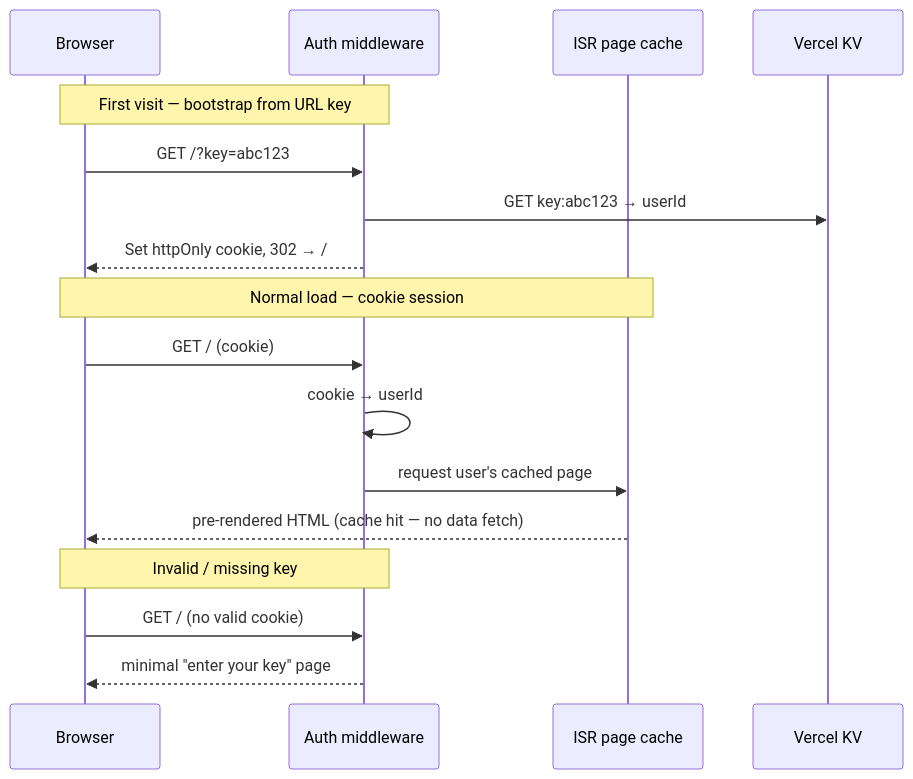
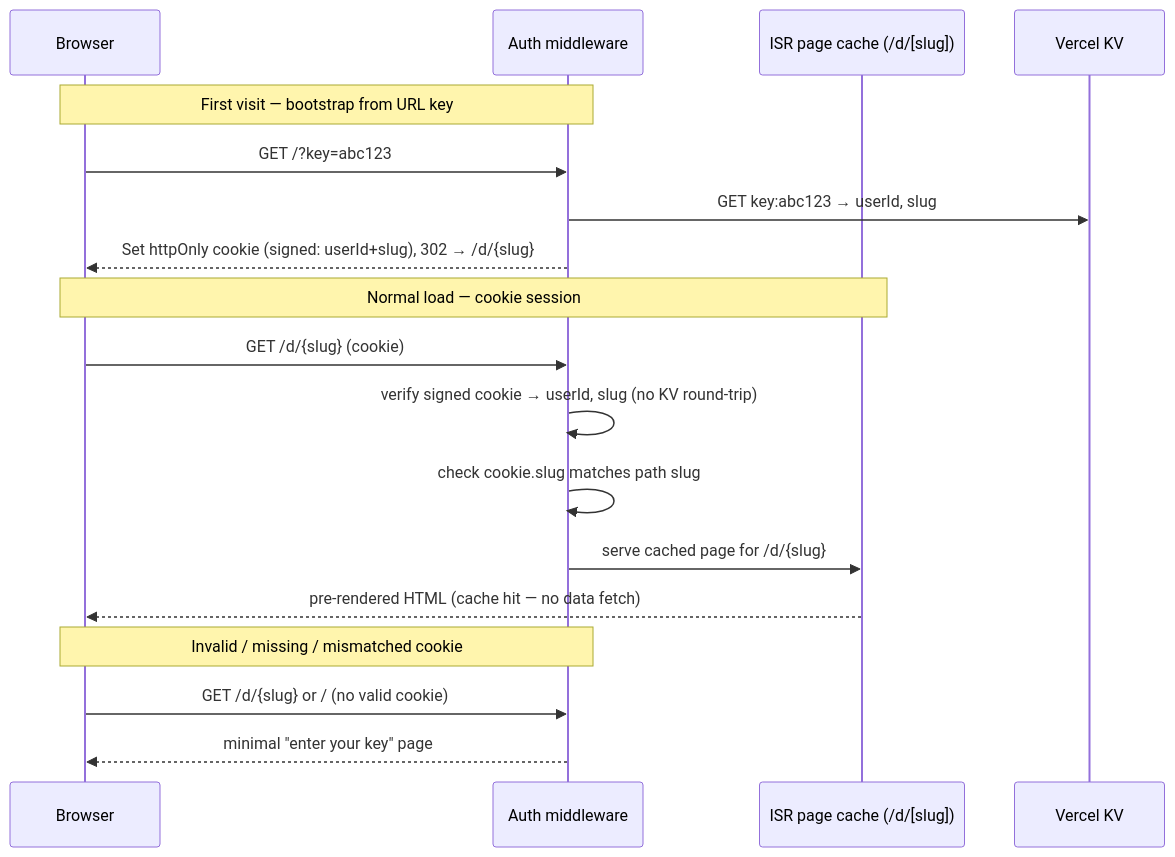
One commit to vedanta/frontdoor changed the fourth of 7 diagrams in docs/architecture.md. Above: the diagram before and after it, drawn with Mermaid. The commit also changed other lines of this file, not shown here.

First line of the commit message:
Architecture validation pass: resolve per-user ISR addressing, fix gaps

````diff
--- a/docs/architecture.md
+++ b/docs/architecture.md
@@ -182,22 +191,23 @@
 ```mermaid
 sequenceDiagram
     participant B as Browser
     participant MW as Auth middleware
-    participant ISR as ISR page cache
+    participant ISR as ISR page cache (/d/[slug])
     participant KV as Vercel KV
 
     Note over B,MW: First visit — bootstrap from URL key
     B->>MW: GET /?key=abc123
-    MW->>KV: GET key:abc123 → userId
-    MW-->>B: Set httpOnly cookie, 302 → /
+    MW->>KV: GET key:abc123 → userId, slug
+    MW-->>B: Set httpOnly cookie (signed: userId+slug), 302 → /d/{slug}
 
     Note over B,ISR: Normal load — cookie session
-    B->>MW: GET / (cookie)
-    MW->>MW: cookie → userId
-    MW->>ISR: request user's cached page
+    B->>MW: GET /d/{slug} (cookie)
+    MW->>MW: verify signed cookie → userId, slug (no KV round-trip)
+    MW->>MW: check cookie.slug matches path slug
+    MW->>ISR: serve cached page for /d/{slug}
     ISR-->>B: pre-rendered HTML (cache hit — no data fetch)
 
-    Note over B,MW: Invalid / missing key
-    B->>MW: GET / (no valid cookie)
+    Note over B,MW: Invalid / missing / mismatched cookie
+    B->>MW: GET /d/{slug} or / (no valid cookie)
     MW-->>B: minimal "enter your key" page
 ```
````
